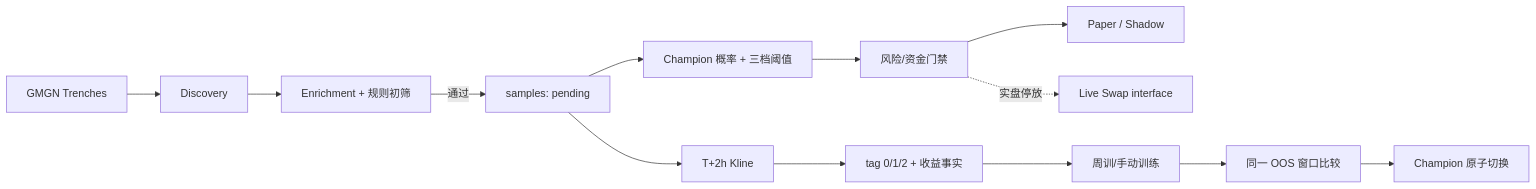
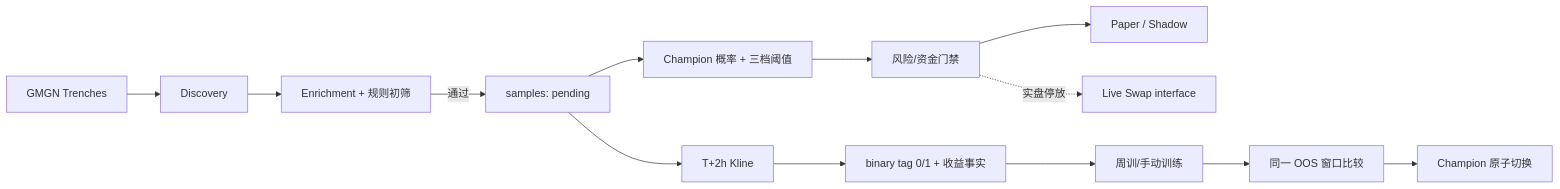
One commit to ShiningSugar35/meme changed the diagram in 开发文档.md. Above: the diagram before and after it, drawn with Mermaid. The commit also changed other lines of this file and 35 other files, not shown here.

````diff
--- a/开发文档.md
+++ b/开发文档.md
@@ -82,15 +82,15 @@
 ```mermaid
 flowchart LR
     A["GMGN Trenches"] --> B["Discovery"]
     B --> C["Enrichment + 规则初筛"]
     C -->|通过| D["samples: pending"]
     D --> E["Champion 概率 + 三档阈值"]
     E --> F["风险/资金门禁"]
     F --> G["Paper / Shadow"]
     F -. 实盘停放 .-> H["Live Swap interface"]
     D --> I["T+2h Kline"]
-    I --> J["tag 0/1/2 + 收益事实"]
+    I --> J["binary tag 0/1 + 收益事实"]
     J --> K["周训/手动训练"]
     K --> L["同一 OOS 窗口比较"]
     L --> M["Champion 原子切换"]
 ```
````
